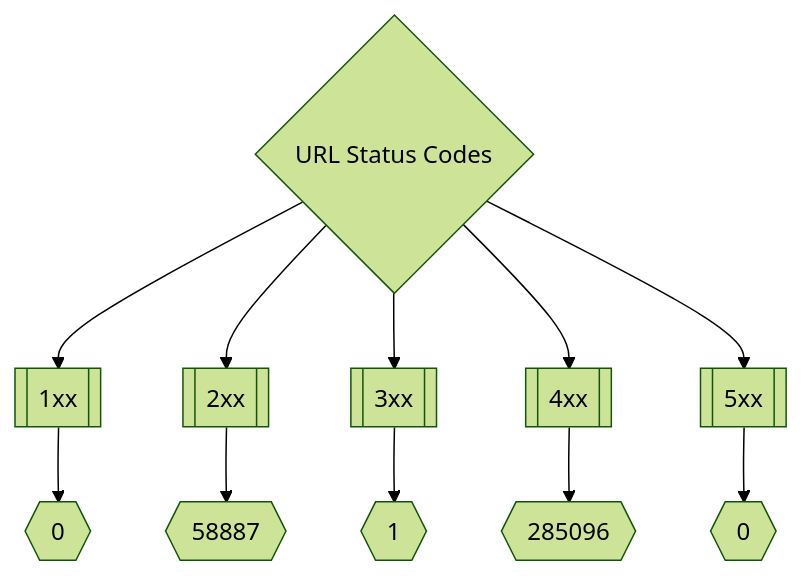
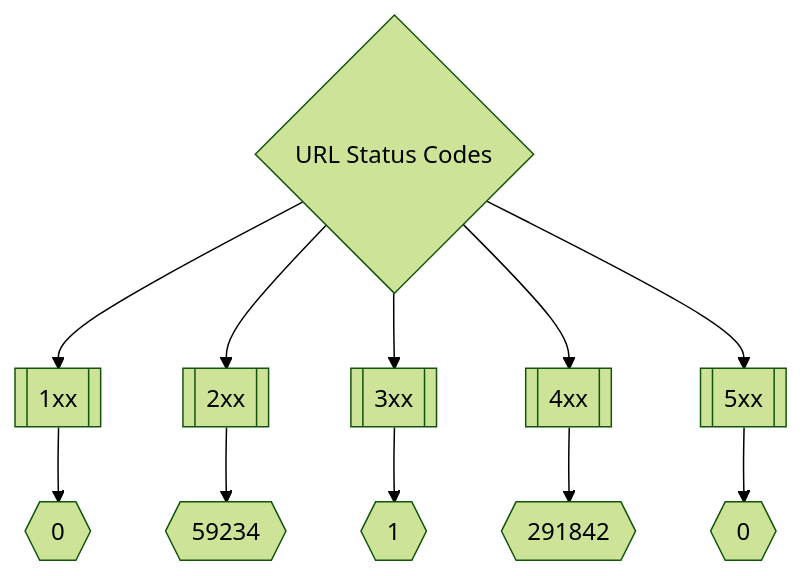
One commit to trickest/inventory changed the second of 3 diagrams in README.md. Above: the diagram before and after it, drawn with Mermaid (forest theme). The commit also changed other lines of this file, not shown here.

Commit message:
Update Thu Apr  7 14:03:15 UTC 2022

````diff
--- a/README.md
+++ b/README.md
@@ -173,8 +173,8 @@
 ```mermaid
 graph TD
 title{URL Status Codes} --> 1xx[[1xx]] --> status1xxNum{{0}}
-title --> 2xx[[2xx]] --> status2xxNum{{58887}}
+title --> 2xx[[2xx]] --> status2xxNum{{59234}}
 title --> 3xx[[3xx]] --> status3xxNum{{1}}
-title --> 4xx[[4xx]] --> status4xxNum{{285096}}
+title --> 4xx[[4xx]] --> status4xxNum{{291842}}
 title --> 5xx[[5xx]] --> status5xxNum{{0}}
 ```
````
